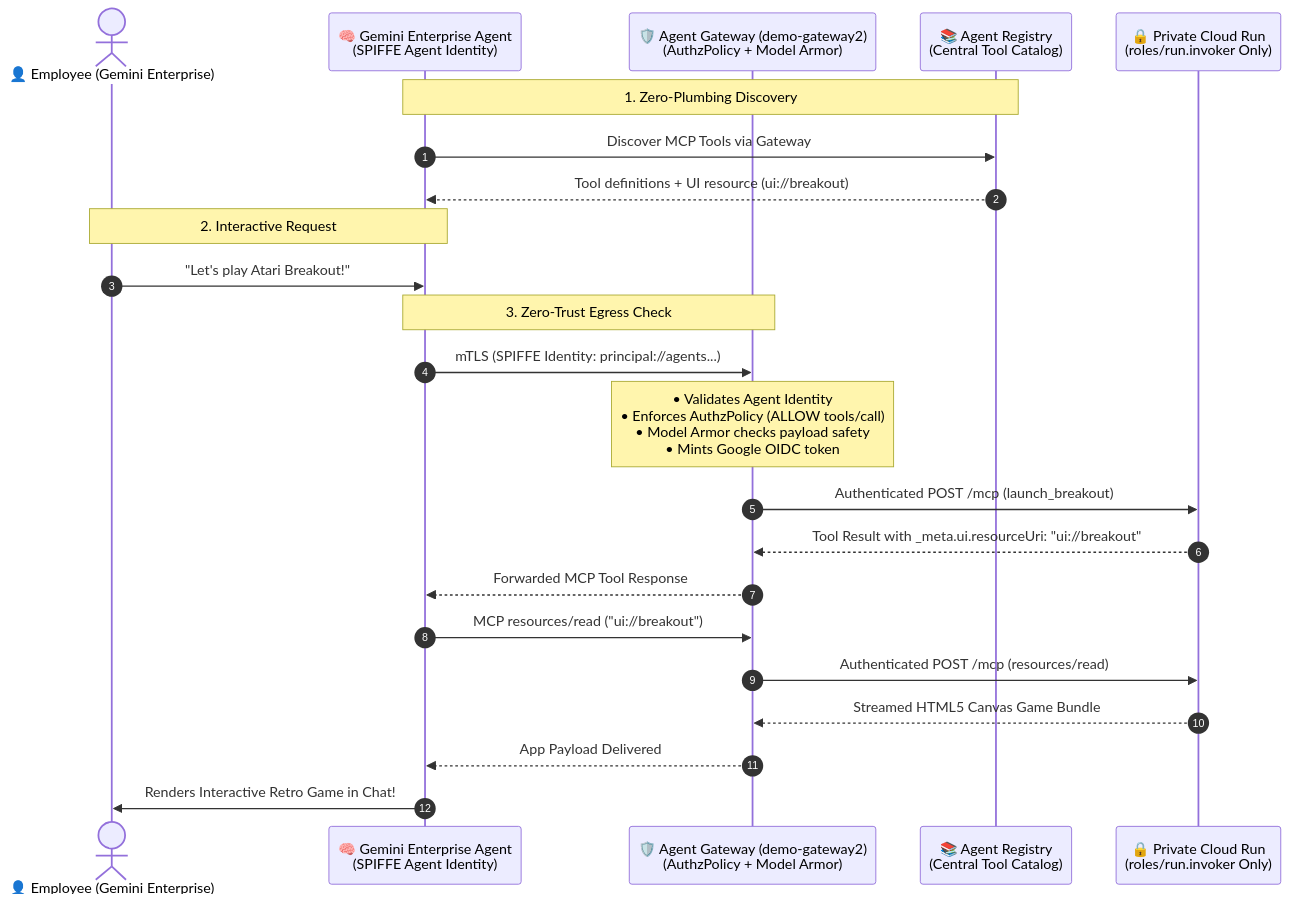
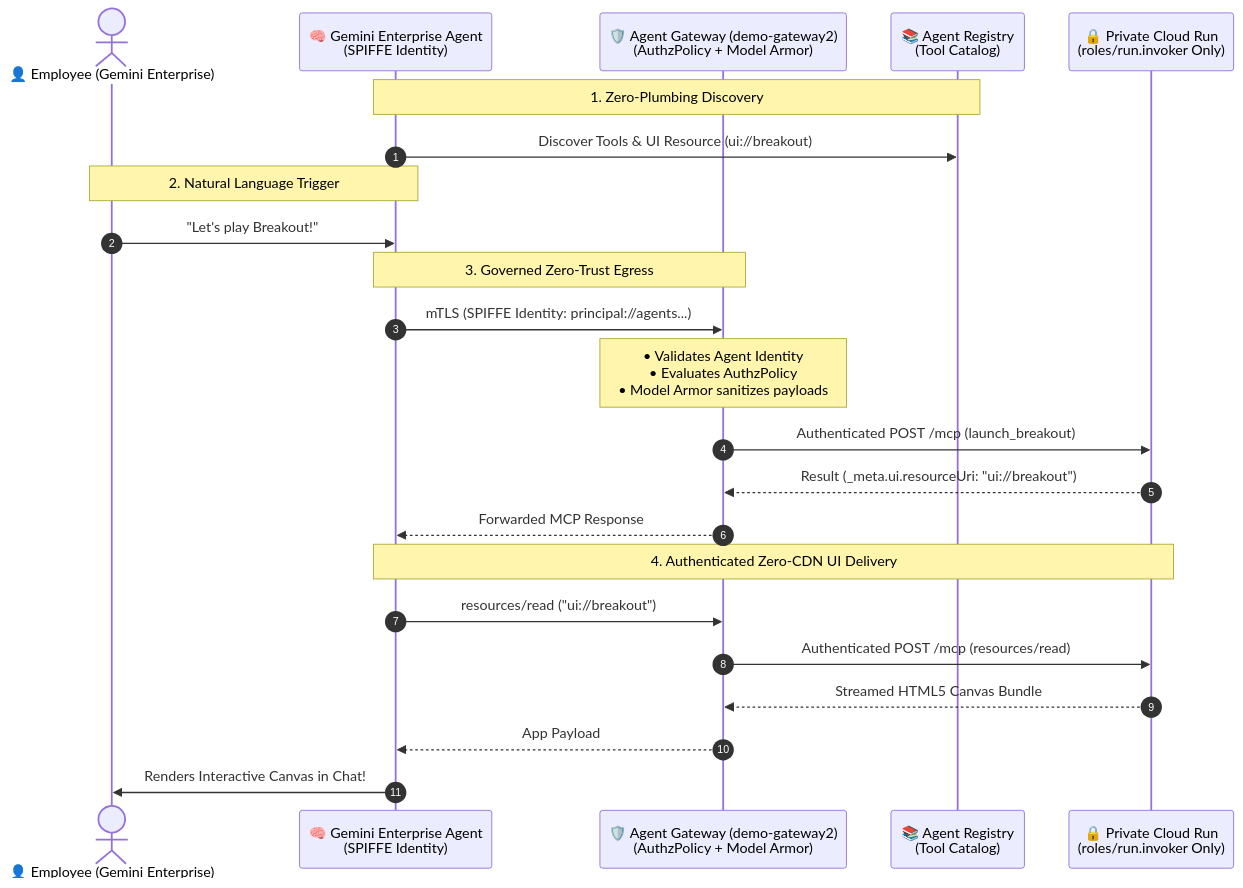
The diagram in README.md (spaulds/mcp-app-breakout-ge), drawn with Mermaid before and after one commit. The commit also changed other lines of this file, not shown here.

````diff
--- a/README.md
+++ b/README.md
@@ -18,30 +14,29 @@
 ```mermaid
 sequenceDiagram
     autonumber
     actor User as 👤 Employee (Gemini Enterprise)
-    participant GE as 🧠 Gemini Enterprise Agent<br/>(SPIFFE Agent Identity)
+    participant GE as 🧠 Gemini Enterprise Agent<br/>(SPIFFE Identity)
     participant AGW as 🛡️ Agent Gateway (demo-gateway2)<br/>(AuthzPolicy + Model Armor)
-    participant REG as 📚 Agent Registry<br/>(Central Tool Catalog)
+    participant REG as 📚 Agent Registry<br/>(Tool Catalog)
     participant CR as 🔒 Private Cloud Run<br/>(roles/run.invoker Only)
 
     Note over GE,REG: 1. Zero-Plumbing Discovery
-    GE->>REG: Discover MCP Tools via Gateway
-    REG-->>GE: Tool definitions + UI resource (ui://breakout)
+    GE->>REG: Discover Tools & UI Resource (ui://breakout)
+    
+    Note over User,GE: 2. Natural Language Trigger
+    User->>GE: "Let's play Breakout!"
+    
+    Note over GE,AGW: 3. Governed Zero-Trust Egress
+    GE->>AGW: mTLS (SPIFFE Identity: principal://agents...)
+    Note over AGW: • Validates Agent Identity<br/>• Evaluates AuthzPolicy<br/>• Model Armor sanitizes payloads
+    AGW->>CR: Authenticated POST /mcp (launch_breakout)
+    CR-->>AGW: Result (_meta.ui.resourceUri: "ui://breakout")
+    AGW-->>GE: Forwarded MCP Response
 
-    Note over User,GE: 2. Interactive Request
-    User->>GE: "Let's play Atari Breakout!"
-    
-    Note over GE,AGW: 3. Zero-Trust Egress Check
-    GE->>AGW: mTLS (SPIFFE Identity: principal://agents...)
-    Note over AGW: • Validates Agent Identity<br/>• Enforces AuthzPolicy (ALLOW tools/call)<br/>• Model Armor checks payload safety<br/>• Mints Google OIDC token
-
-    AGW->>CR: Authenticated POST /mcp (launch_breakout)
-    CR-->>AGW: Tool Result with _meta.ui.resourceUri: "ui://breakout"
-    AGW-->>GE: Forwarded MCP Tool Response
-
-    GE->>AGW: MCP resources/read ("ui://breakout")
+    Note over GE,CR: 4. Authenticated Zero-CDN UI Delivery
+    GE->>AGW: resources/read ("ui://breakout")
     AGW->>CR: Authenticated POST /mcp (resources/read)
-    CR-->>AGW: Streamed HTML5 Canvas Game Bundle
-    AGW-->>GE: App Payload Delivered
-    GE->>User: Renders Interactive Retro Game in Chat!
+    CR-->>AGW: Streamed HTML5 Canvas Bundle
+    AGW-->>GE: App Payload
+    GE->>User: Renders Interactive Canvas in Chat!
 ```
````
